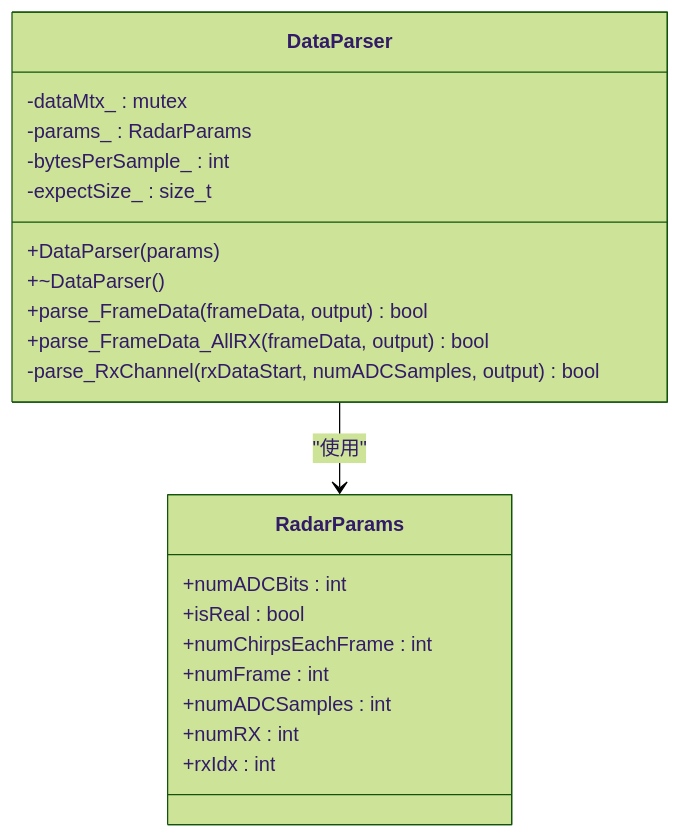
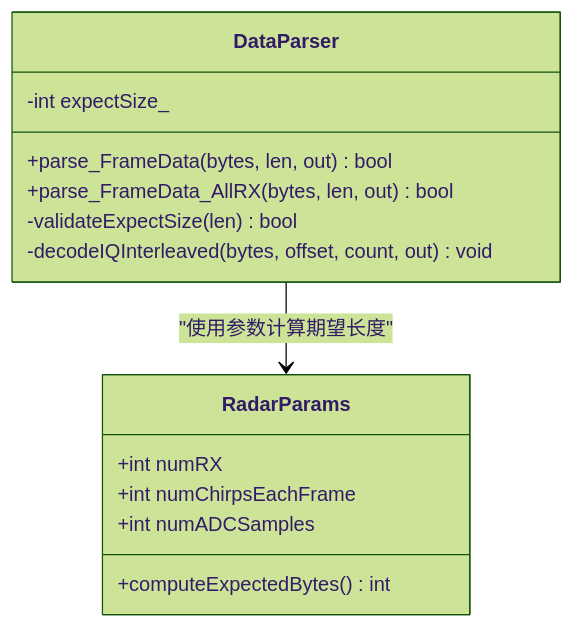
Before and after one commit to Lukad77/awr1843-radar-toolkit: the third of 7 diagrams in .qoder/repowiki/zh/content/网络数据链路与解析/雷达数据解析.md, drawn with Mermaid (forest theme). The commit also changed other lines of this file and 106 other files, not shown here.

````diff
--- a/.qoder/repowiki/zh/content/网络数据链路与解析/雷达数据解析.md
+++ b/.qoder/repowiki/zh/content/网络数据链路与解析/雷达数据解析.md
@@ -108,24 +116,17 @@
 ```mermaid
 classDiagram
 class DataParser {
-+DataParser(params)
-+~DataParser()
-+parse_FrameData(frameData, output) bool
-+parse_FrameData_AllRX(frameData, output) bool
--parse_RxChannel(rxDataStart, numADCSamples, output) bool
--dataMtx_ : mutex
--params_ : RadarParams
--bytesPerSample_ : int
--expectSize_ : size_t
+-int expectSize_
++parse_FrameData(bytes, len, out) bool
++parse_FrameData_AllRX(bytes, len, out) bool
+-validateExpectSize(len) bool
+-decodeIQInterleaved(bytes, offset, count, out) void
 }
 class RadarParams {
-+numADCBits : int
-+isReal : bool
-+numChirpsEachFrame : int
-+numFrame : int
-+numADCSamples : int
-+numRX : int
-+rxIdx : int
++int numRX
++int numChirpsEachFrame
++int numADCSamples
++computeExpectedBytes() int
 }
-DataParser --> RadarParams : "使用"
+DataParser --> RadarParams : "使用参数计算期望长度"
 ```
````
